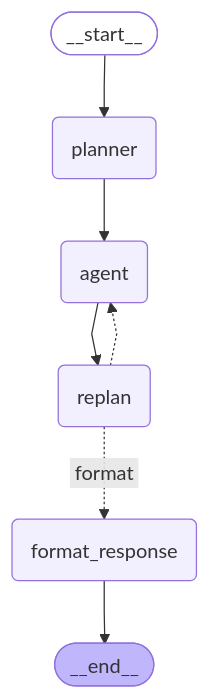
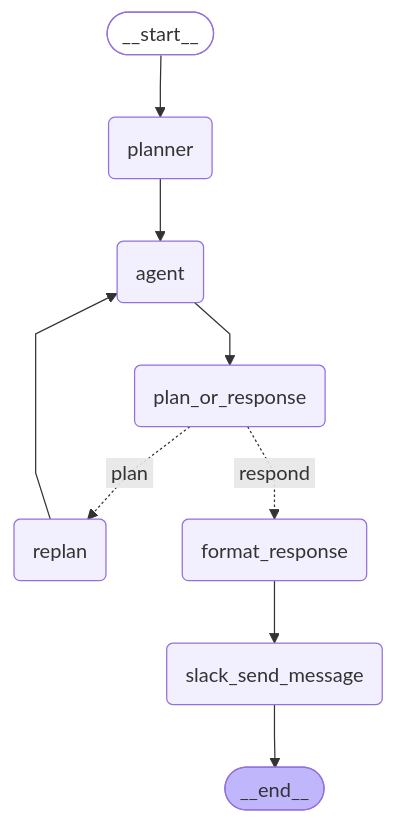
Before and after one commit to bitovi/bitbot: the diagram in src/bitbot_langgraph/graphs/plan_and_execute/graph.mermaid.md, drawn with Mermaid. The commit also changed 15 other files, not shown here.

Commit message:
tons of cleanup, add slack and better response router

````diff
--- a/src/bitbot_langgraph/graphs/plan_and_execute/graph.mermaid.md
+++ b/src/bitbot_langgraph/graphs/plan_and_execute/graph.mermaid.md
@@ -2,20 +2,24 @@
 ```mermaid
 %%{init: {'flowchart': {'curve': 'linear'}}}%%
 graph TD;
 	__start__([__start__]):::first
 	planner(planner)
 	agent(agent)
+	plan_or_response(plan_or_response)
 	replan(replan)
 	format_response(format_response)
+	slack_send_message(slack_send_message)
 	__end__([__end__]):::last
 	__start__ --> planner;
-	agent --> replan;
-	format_response --> __end__;
+	agent --> plan_or_response;
+	format_response --> slack_send_message;
 	planner --> agent;
-	replan -.-> agent;
-	replan -. &nbspformat&nbsp .-> format_response;
+	replan --> agent;
+	slack_send_message --> __end__;
+	plan_or_response -. &nbspplan&nbsp .-> replan;
+	plan_or_response -. &nbsprespond&nbsp .-> format_response;
 	classDef default fill:#f2f0ff,line-height:1.2
 	classDef first fill-opacity:0
 	classDef last fill:#bfb6fc
 
 ```
````
